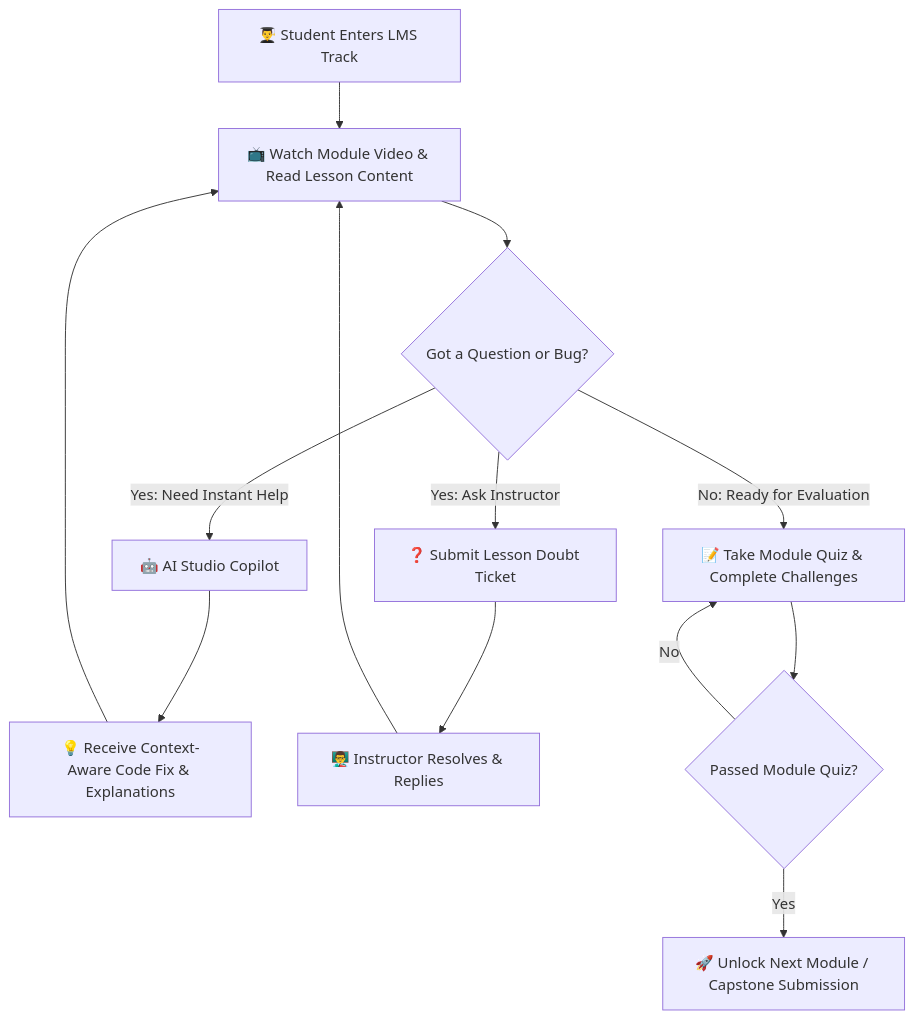
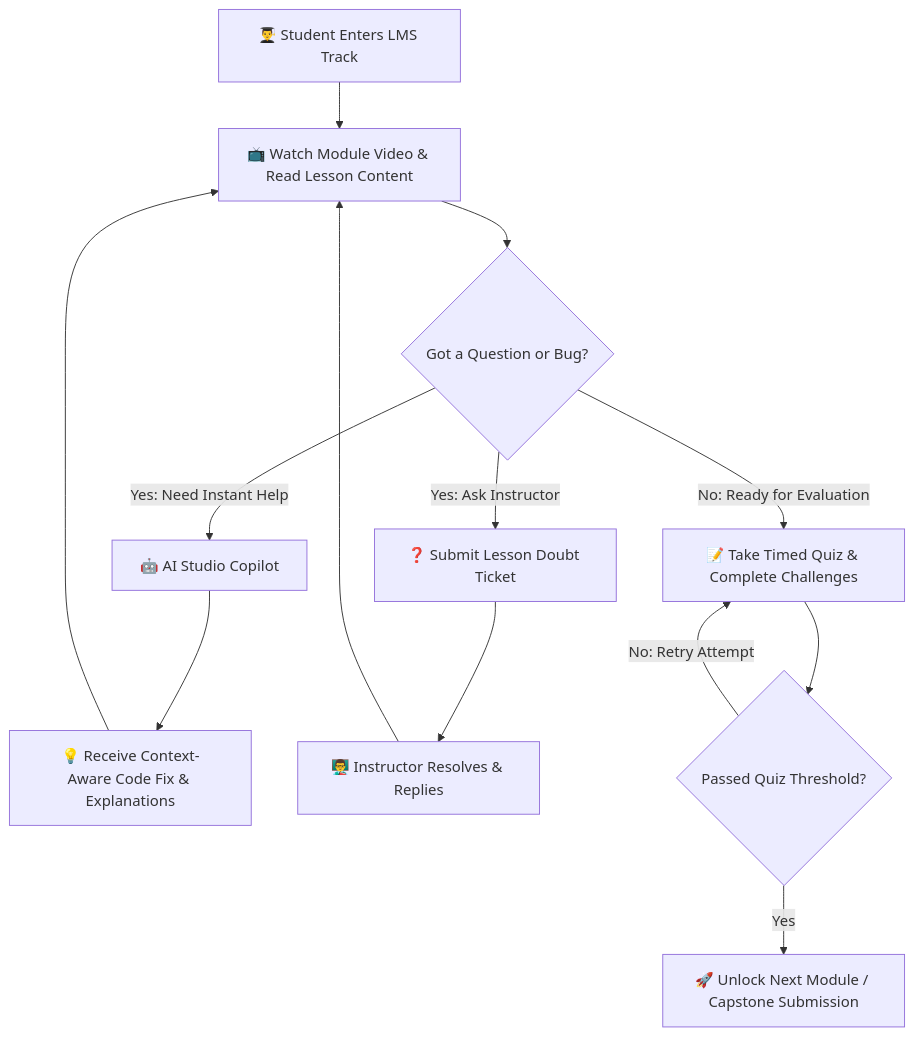
The third of 5 diagrams in README.md (shivan632/DevAscent-Academy), drawn with Mermaid before and after one commit. The commit also changed other lines of this file, not shown here.

````diff
--- a/README.md
+++ b/README.md
@@ -174,15 +209,15 @@
 ```mermaid
 flowchart TD
     A[👨‍🎓 Student Enters LMS Track] --> B[📺 Watch Module Video & Read Lesson Content]
     B --> C{Got a Question or Bug?}
     C -->|Yes: Need Instant Help| D[🤖 AI Studio Copilot]
     D --> E[💡 Receive Context-Aware Code Fix & Explanations]
     E --> B
     C -->|Yes: Ask Instructor| F[❓ Submit Lesson Doubt Ticket]
     F --> G[👨‍🏫 Instructor Resolves & Replies]
     G --> B
-    C -->|No: Ready for Evaluation| H[📝 Take Module Quiz & Complete Challenges]
-    H --> I{Passed Module Quiz?}
-    I -->|No| H
+    C -->|No: Ready for Evaluation| H[📝 Take Timed Quiz & Complete Challenges]
+    H --> I{Passed Quiz Threshold?}
+    I -->|No: Retry Attempt| H
     I -->|Yes| J[🚀 Unlock Next Module / Capstone Submission]
 ```
````
